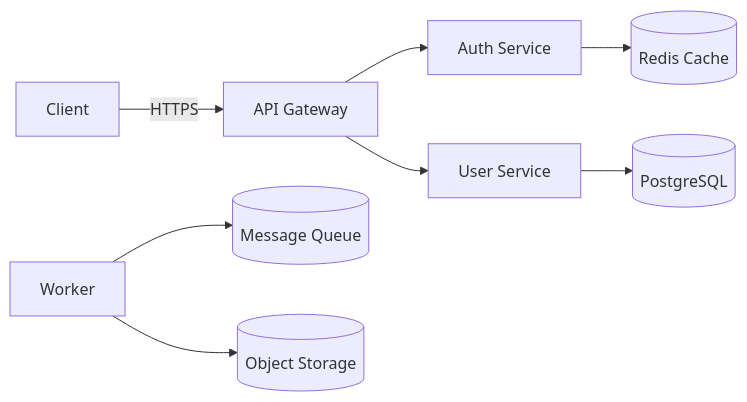
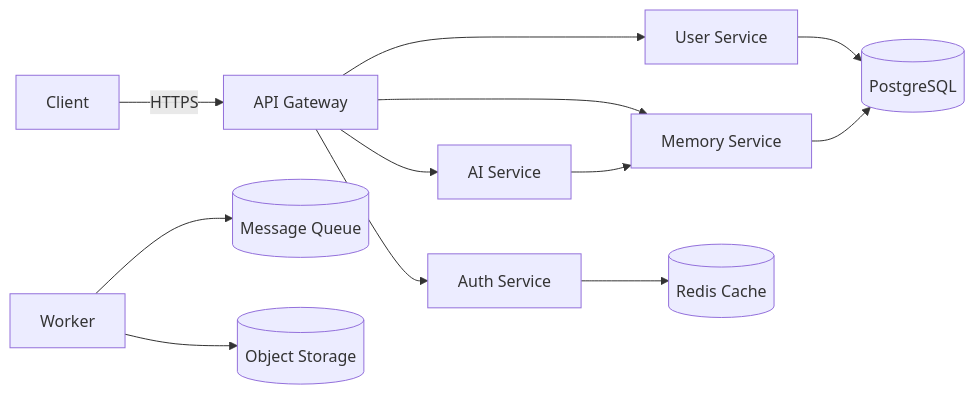
The second of 9 diagrams in ARCHITECTURE.md (cmh-demos/kimberly), drawn with Mermaid before and after one commit. The commit also changed other lines of this file, not shown here.

First line of the commit message:
Add component and sequence diagrams to ARCHITECTURE.md (#421)

````diff
--- a/ARCHITECTURE.md
+++ b/ARCHITECTURE.md
@@ -43,10 +120,14 @@
 ```mermaid
 graph LR
- Client -->|HTTPS| API[API Gateway]
- API --> Auth[Auth Service]
- API --> Users[User Service]
- Users --> Postgres[(PostgreSQL)]
- Auth --> Redis[(Redis Cache)]
- Jobs[Worker] --> Queue[(Message Queue)]
- Jobs --> S3[(Object Storage)]
+  Client -->|HTTPS| API[API Gateway]
+  API --> Auth[Auth Service]
+  API --> Users[User Service]
+  API --> Chat[AI Service]
+  API --> Memory[Memory Service]
+  Users --> Postgres[(PostgreSQL)]
+  Auth --> Redis[(Redis Cache)]
+  Memory --> Postgres
+  Chat --> Memory
+  Worker[Worker] --> Queue[(Message Queue)]
+  Worker --> S3[(Object Storage)]
 ```
````
